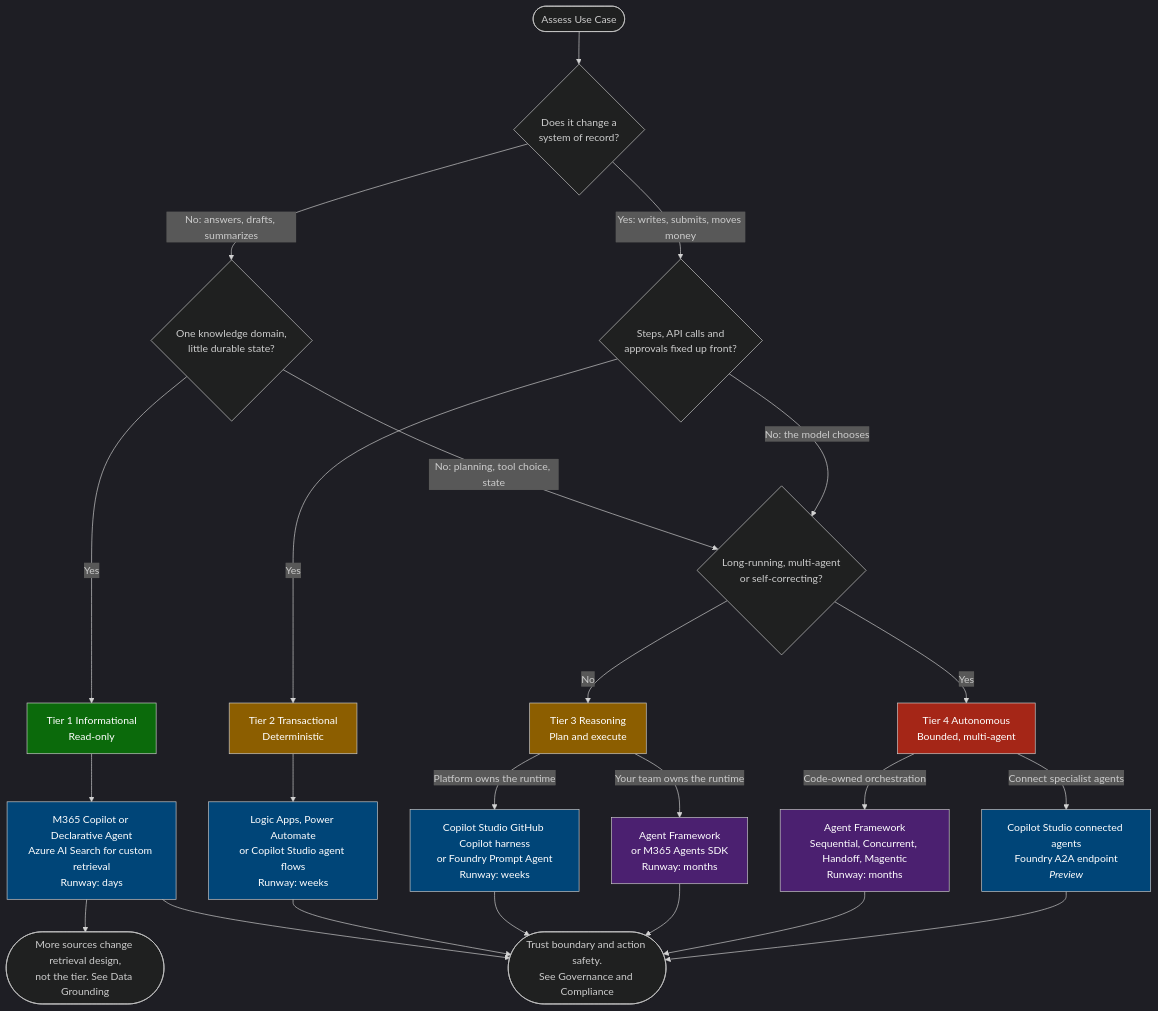
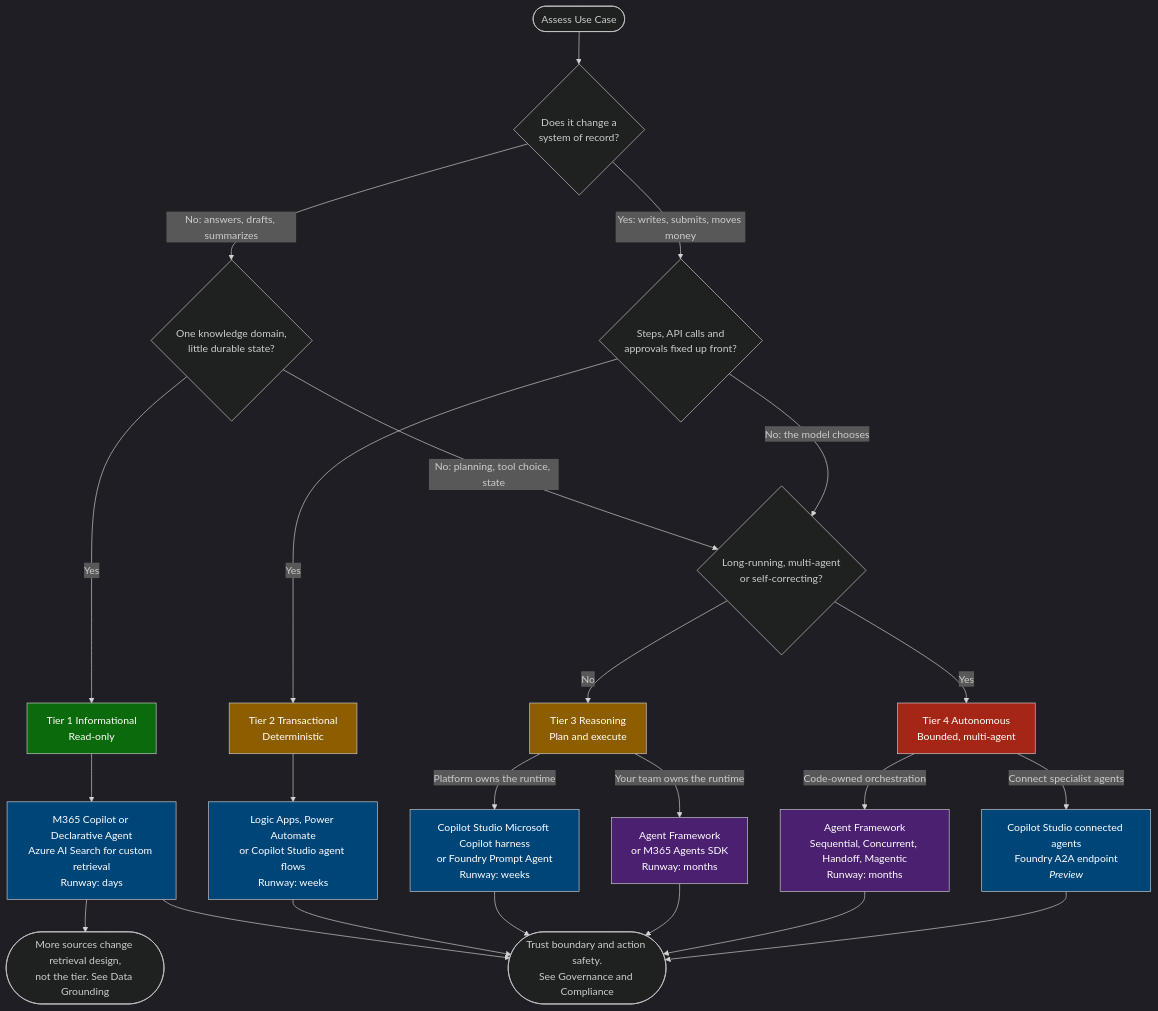
Before and after one commit to microsoft/Microsoft-AI-Decision-Framework: the fourth of 10 diagrams in docs/visual-framework.md, drawn with Mermaid. The commit also changed other lines of this file and 21 other files, not shown here.

````diff
--- a/docs/visual-framework.md
+++ b/docs/visual-framework.md
@@ -543,42 +545,42 @@
 ```mermaid
 %%{init: {'theme':'dark'}}%%
 flowchart TD
     Start([Assess Use Case]) --> Q1{Does it change a<br/>system of record?}
 
     Q1 -->|No: answers, drafts, summarizes| Q2{One knowledge domain,<br/>little durable state?}
     Q1 -->|Yes: writes, submits, moves money| Q3{Steps, API calls and<br/>approvals fixed up front?}
 
     Q2 -->|Yes| T1[Tier 1 Informational<br/>Read-only]
     Q2 -->|No: planning, tool choice, state| Q4{Long-running, multi-agent<br/>or self-correcting?}
     Q3 -->|Yes| T2[Tier 2 Transactional<br/>Deterministic]
     Q3 -->|No: the model chooses| Q4
 
     Q4 -->|No| T3[Tier 3 Reasoning<br/>Plan and execute]
     Q4 -->|Yes| T4[Tier 4 Autonomous<br/>Bounded, multi-agent]
 
     T1 --> P1[M365 Copilot or Declarative Agent<br/>Azure AI Search for custom retrieval<br/>Runway: days]
     T2 --> P2[Logic Apps, Power Automate<br/>or Copilot Studio agent flows<br/>Runway: weeks]
-    T3 -->|Platform owns the runtime| P3a[Copilot Studio GitHub Copilot harness<br/>or Foundry Prompt Agent<br/>Runway: weeks]
+    T3 -->|Platform owns the runtime| P3a[Copilot Studio Microsoft Copilot harness<br/>or Foundry Prompt Agent<br/>Runway: weeks]
     T3 -->|Your team owns the runtime| P3b[Agent Framework<br/>or M365 Agents SDK<br/>Runway: months]
     T4 -->|Code-owned orchestration| P4a[Agent Framework<br/>Sequential, Concurrent, Handoff, Magentic<br/>Runway: months]
     T4 -->|Connect specialist agents| P4b[Copilot Studio connected agents<br/>Foundry A2A endpoint<br/><i>Preview</i>]
 
     P1 --> RefData([More sources change retrieval design,<br/>not the tier. See Data Grounding])
     P1 --> RefGate([Trust boundary and action safety.<br/>See Governance and Compliance])
     P2 --> RefGate
     P3a --> RefGate
     P3b --> RefGate
     P4a --> RefGate
     P4b --> RefGate
 
     style T1 fill:#0b6a0b,color:#fff
     style T2 fill:#8c5e00,color:#fff
     style T3 fill:#8c5e00,color:#fff
     style T4 fill:#a52617,color:#fff
     style P1 fill:#004578,color:#fff
     style P2 fill:#004578,color:#fff
     style P3a fill:#004578,color:#fff
     style P3b fill:#4b2070,color:#fff
     style P4a fill:#4b2070,color:#fff
     style P4b fill:#004578,color:#fff
 ```
````
